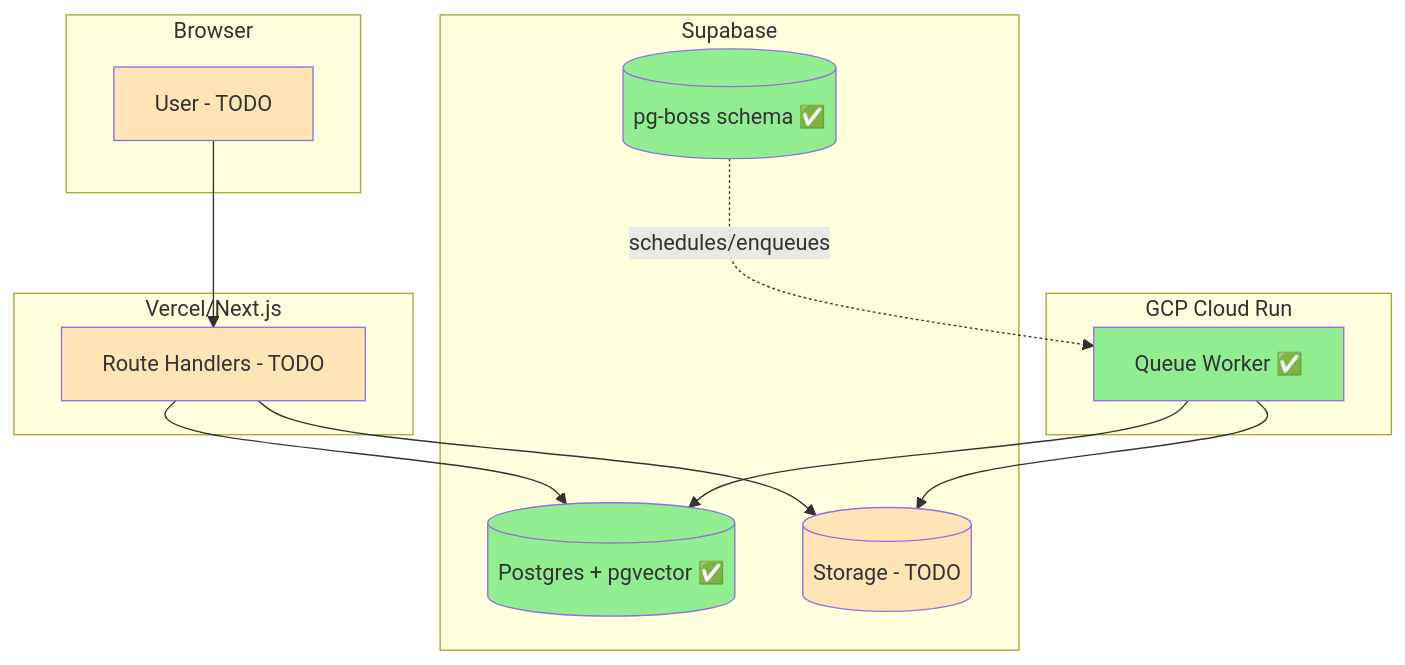
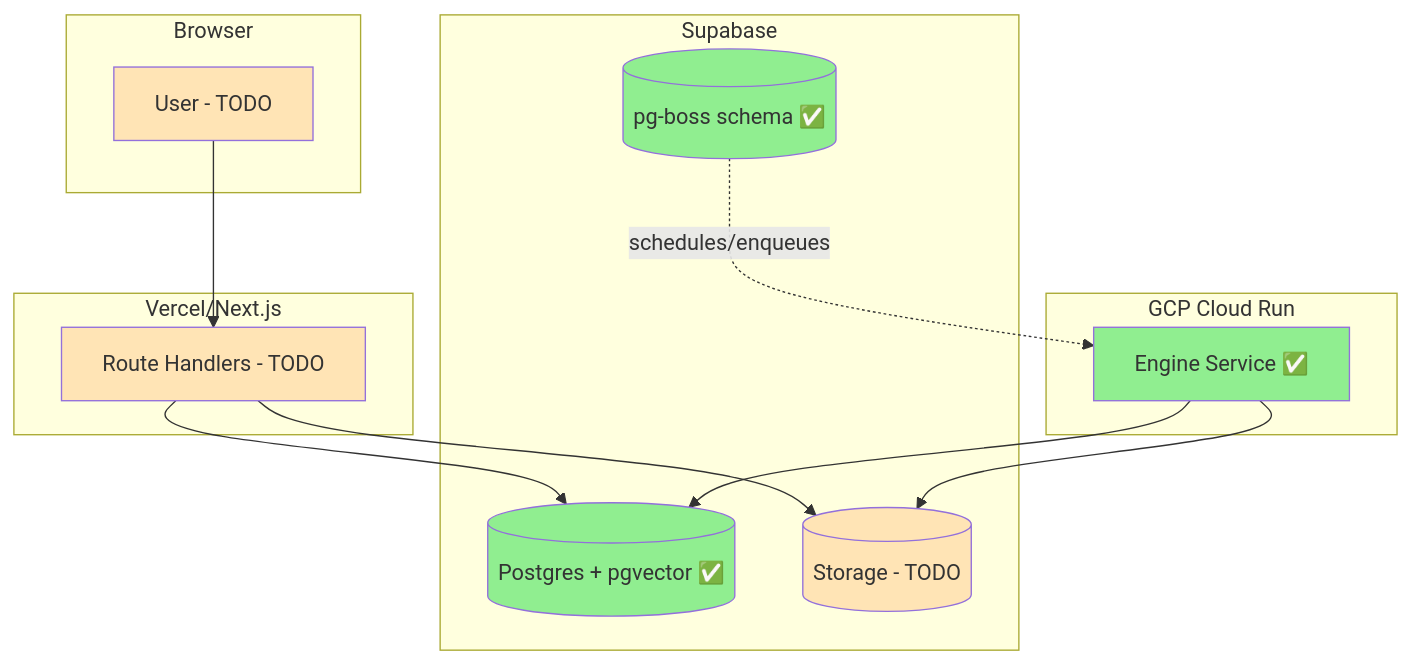
One commit to ParkerRex/zeke changed the second of 16 diagrams in docs/plans/done/pipeline-diagrams.md. Above: the diagram before and after it, drawn with Mermaid. The commit also changed other lines of this file and 409 other files, not shown here.

````diff
--- a/docs/plans/done/pipeline-diagrams.md
+++ b/docs/plans/done/pipeline-diagrams.md
@@ -37,30 +37,30 @@
 ```mermaid
 graph TB
   subgraph Browser
     UI[User - TODO]
   end
   subgraph Vercel/Next.js
     Web[Route Handlers - TODO]
   end
   subgraph GCP Cloud Run
-    Work[Queue Worker ✅]
+    Engine[Engine Service ✅]
   end
   subgraph Supabase
     PG[(Postgres + pgvector ✅)]
     STO[(Storage - TODO)]
     BOSS[(pg-boss schema ✅)]
   end
   UI-->Web
   Web-->PG
   Web-->STO
-  BOSS-. schedules/enqueues .->Work
-  Work-->PG
-  Work-->STO
+  BOSS-. schedules/enqueues .->Engine
+  Engine-->PG
+  Engine-->STO
 
-  style Work fill:#90EE90
+  style Engine fill:#90EE90
   style PG fill:#90EE90
   style BOSS fill:#90EE90
   style Web fill:#FFE4B5
   style STO fill:#FFE4B5
   style UI fill:#FFE4B5
 ```
````
